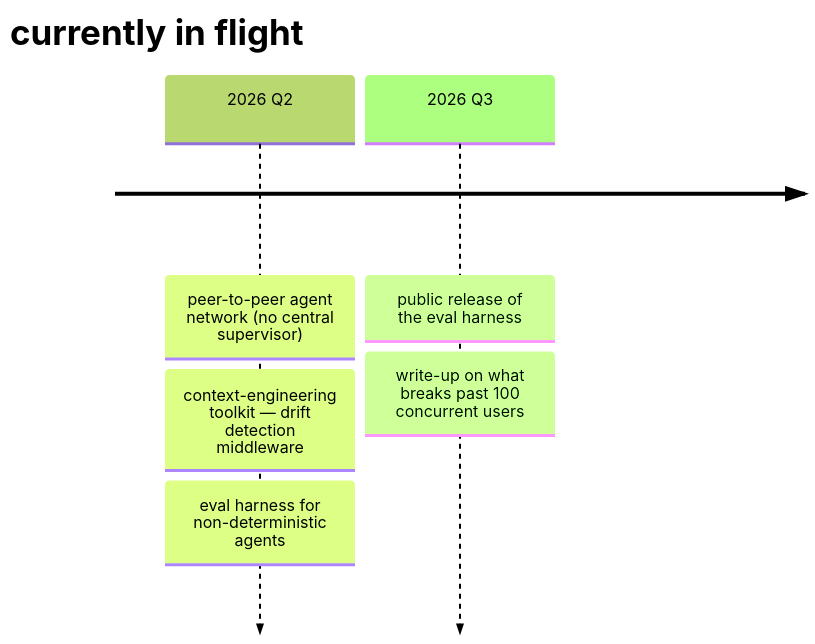
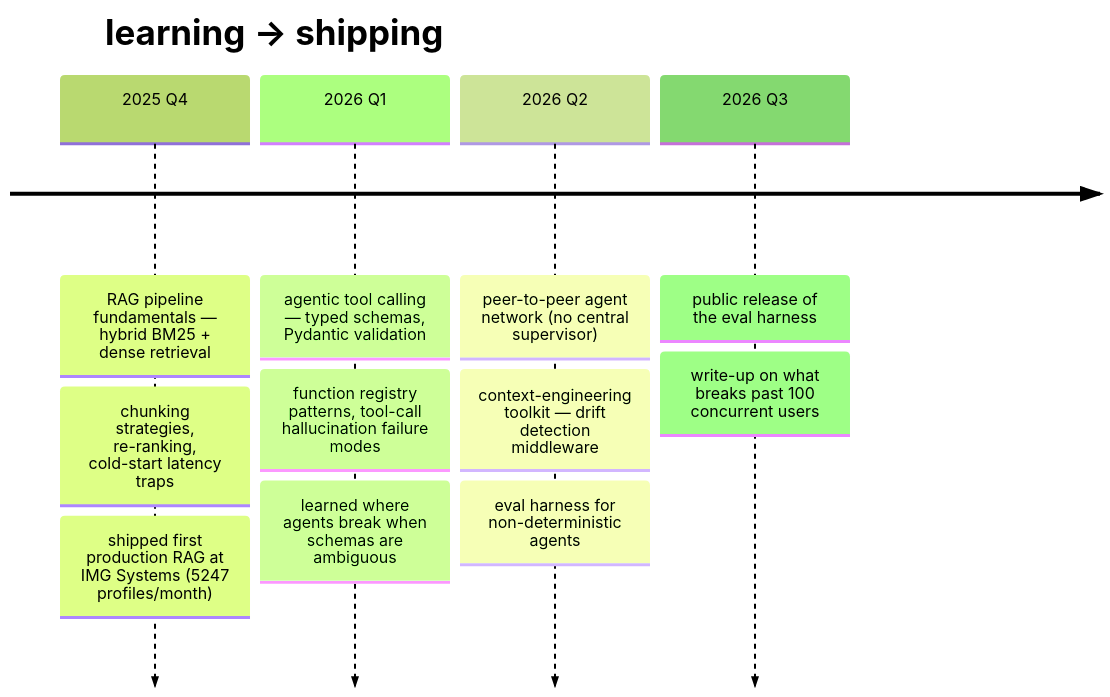
Before and after one commit to Kushal9889/Kushal9889: the diagram in README.md, drawn with Mermaid (forest theme). The commit also changed other lines of this file, not shown here.

First line of the commit message:
fix: expand timeline with Q4 2025 + Q1 2026 arc, fix hidden ATS keywords

````diff
--- a/README.md
+++ b/README.md
@@ -125,9 +125,15 @@
 ```mermaid
 timeline
-  title currently in flight
+  title learning → shipping
+  2025 Q4 : RAG pipeline fundamentals — hybrid BM25 + dense retrieval
+           : chunking strategies, re-ranking, cold-start latency traps
+           : shipped first production RAG at IMG Systems (5247 profiles/month)
+  2026 Q1 : agentic tool calling — typed schemas, Pydantic validation
+           : function registry patterns, tool-call hallucination failure modes
+           : learned where agents break when schemas are ambiguous
   2026 Q2 : peer-to-peer agent network (no central supervisor)
-          : context-engineering toolkit — drift detection middleware
-          : eval harness for non-deterministic agents
+           : context-engineering toolkit — drift detection middleware
+           : eval harness for non-deterministic agents
   2026 Q3 : public release of the eval harness
-          : write-up on what breaks past 100 concurrent users
+           : write-up on what breaks past 100 concurrent users
 ```
````
